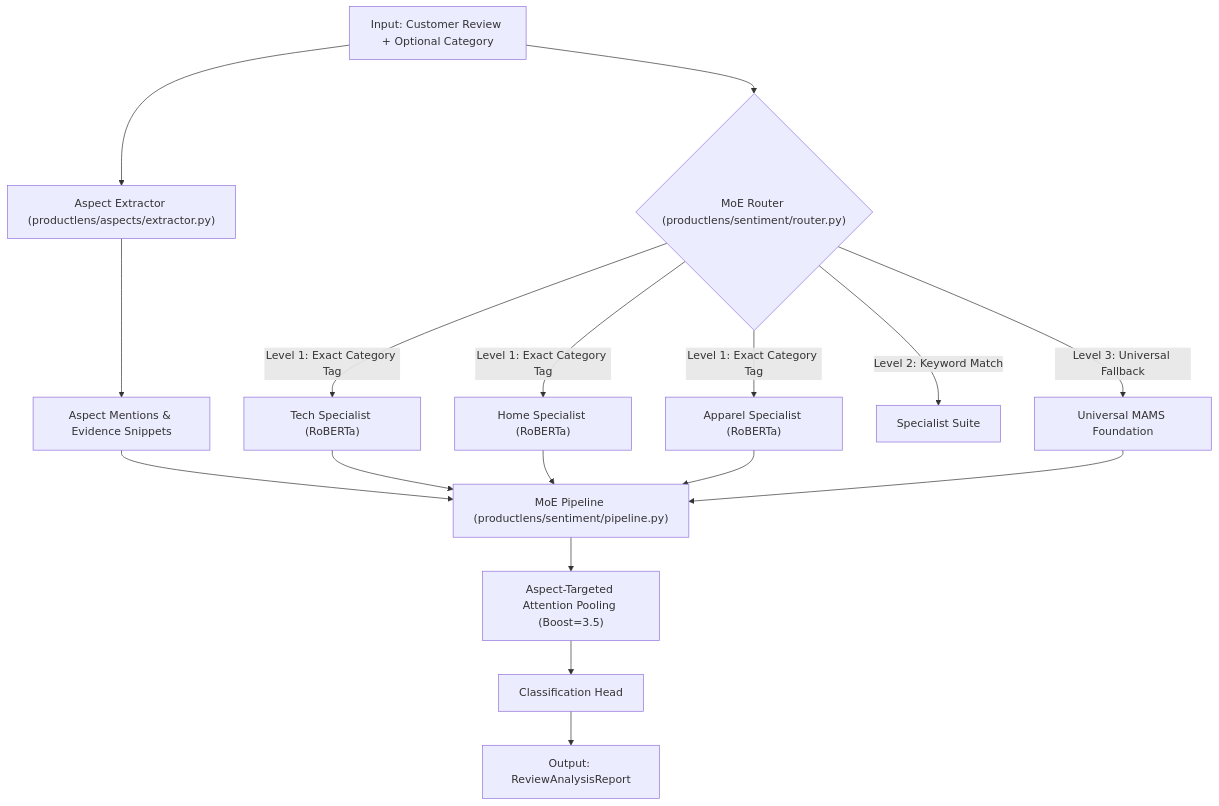
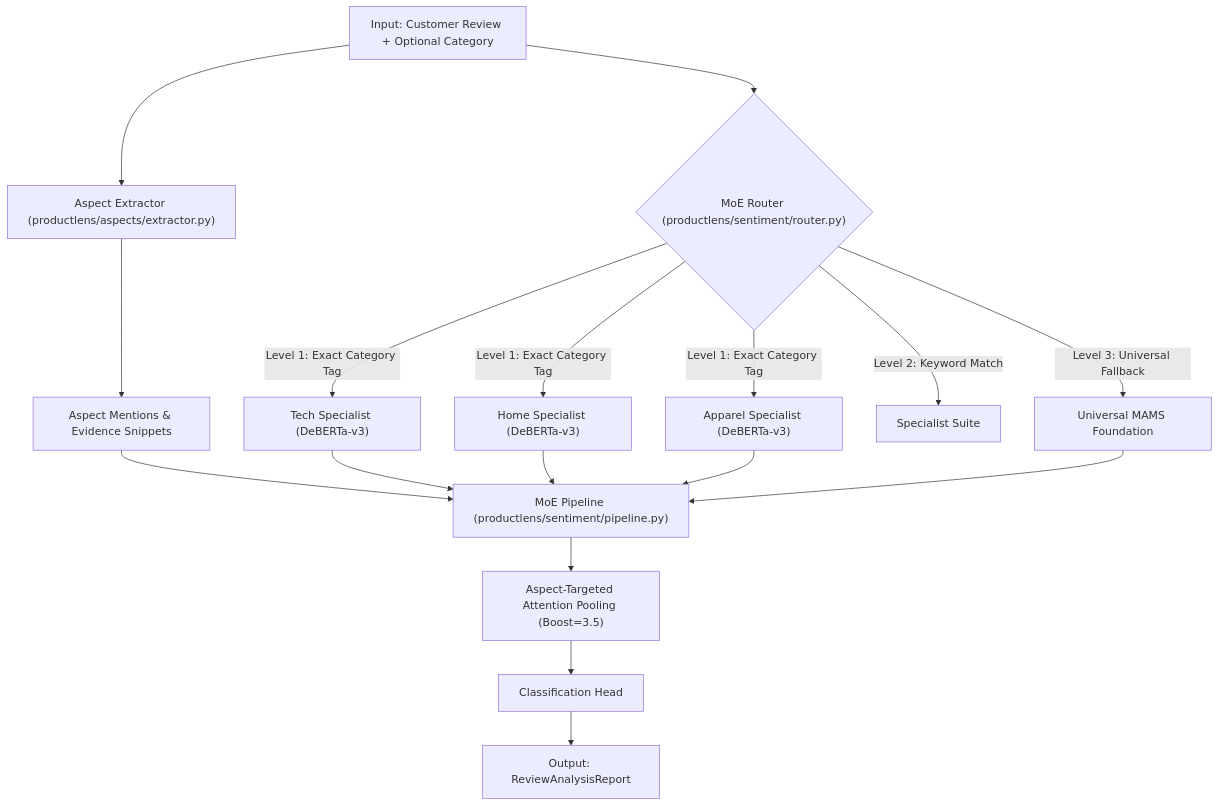
One commit to parth-sarthi-code/ProductLens-Sentiment changed the diagram in PROJECT_ANALYSIS.md. Above: the diagram before and after it, drawn with Mermaid. The commit also changed other lines of this file and 17 other files, not shown here.

````diff
--- a/PROJECT_ANALYSIS.md
+++ b/PROJECT_ANALYSIS.md
@@ -49,23 +49,23 @@
 ```mermaid
 flowchart TD
     Review["Input: Customer Review + Optional Category"] --> Extractor["Aspect Extractor (productlens/aspects/extractor.py)"]
     Review --> Router{"MoE Router (productlens/sentiment/router.py)"}
     
     Extractor --> Spans["Aspect Mentions & Evidence Snippets"]
     
-    Router -->|"Level 1: Exact Category Tag"| TechExpert["Tech Specialist (RoBERTa)"]
-    Router -->|"Level 1: Exact Category Tag"| HomeExpert["Home Specialist (RoBERTa)"]
-    Router -->|"Level 1: Exact Category Tag"| ApparelExpert["Apparel Specialist (RoBERTa)"]
+    Router -->|"Level 1: Exact Category Tag"| TechExpert["Tech Specialist (DeBERTa-v3)"]
+    Router -->|"Level 1: Exact Category Tag"| HomeExpert["Home Specialist (DeBERTa-v3)"]
+    Router -->|"Level 1: Exact Category Tag"| ApparelExpert["Apparel Specialist (DeBERTa-v3)"]
     Router -->|"Level 2: Keyword Match"| Experts["Specialist Suite"]
     Router -->|"Level 3: Universal Fallback"| Fallback["Universal MAMS Foundation"]
     
     Spans --> Pipeline["MoE Pipeline (productlens/sentiment/pipeline.py)"]
     TechExpert --> Pipeline
     HomeExpert --> Pipeline
     ApparelExpert --> Pipeline
     Fallback --> Pipeline
     
     Pipeline --> Pooling["Aspect-Targeted Attention Pooling (Boost=3.5)"]
     Pooling --> Classifier["Classification Head"]
     Classifier --> Report["Output: ReviewAnalysisReport"]
 ```
````
